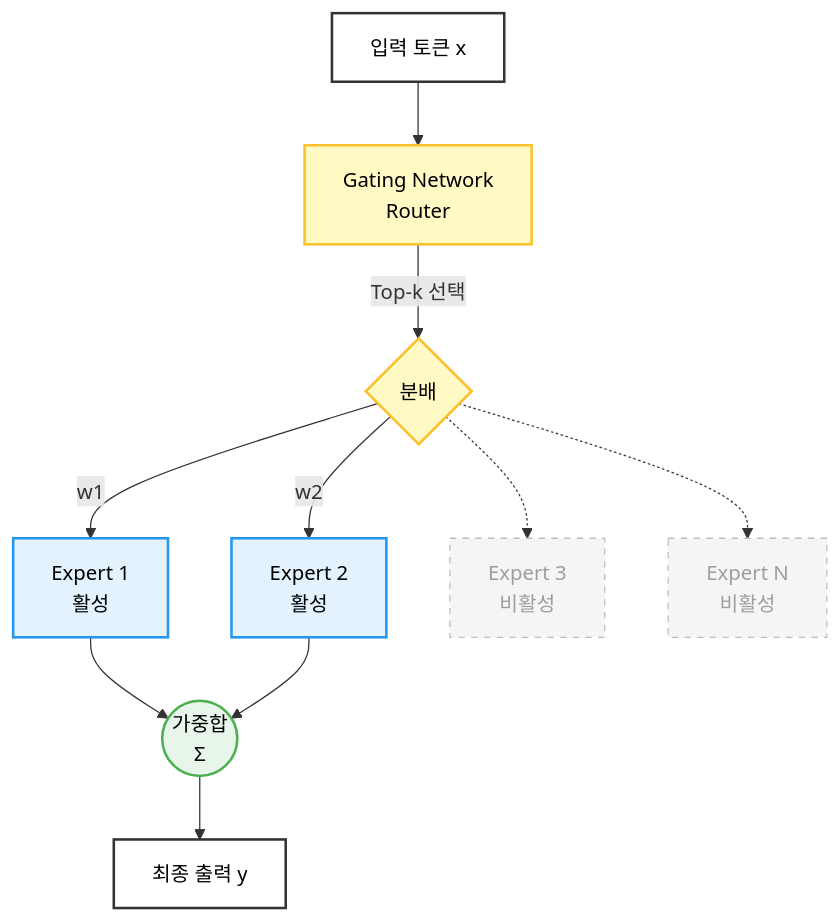
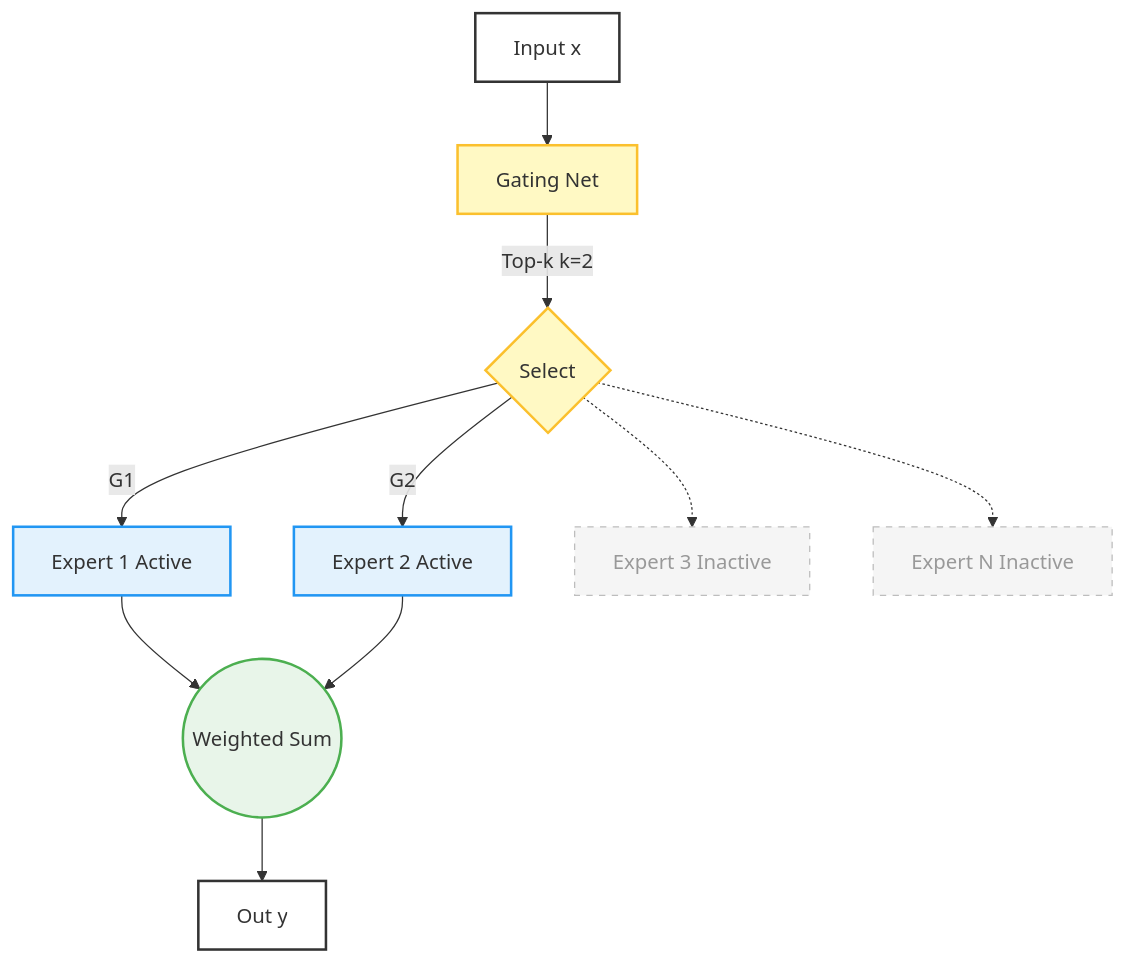
Before and after one commit to Ricepunchb/Idsh-obsidian-garden: the diagram in content/study/MoE.md, drawn with Mermaid. The commit also changed other lines of this file and 3 other files, not shown here.

````diff
--- a/content/study/MoE.md
+++ b/content/study/MoE.md
@@ -29,41 +29,31 @@
 ```mermaid
-graph TD
-    %% 노드 정의
-    Input[입력 토큰 x]
-    Router[Gating Network<br/>Router]
-    
-    %% 라우팅 흐름
-    Input --> Router
-    Router -- Top-k 선택 --> Choice{분배}
-    
-    %% 전문가 영역 (Subgraph 제거하고 단순 연결로 호환성 확보)
-    Choice -->|w1| E1[Expert 1<br/>활성]
-    Choice -->|w2| E2[Expert 2<br/>활성]
-    Choice -.-> E3[Expert 3<br/>비활성]
-    Choice -.-> En[Expert N<br/>비활성]
+%%{init: {'theme':'default'}}%% 
+graph TD 
+	Input[Input x] 
+	Router[Gating Net]
+	
+	Input --> Router 
+	Router -- Top-k k=2 --> Choice{Select}
 
-    %% 결과 합산
-    Sum((가중합<br/>Σ))
-    Output[최종 출력 y]
+	Choice -->|G1| E1[Expert 1 Active] 
+	Choice -->|G2| E2[Expert 2 Active] 
+	Choice -.-> E3[Expert 3 Inactive] 
+	Choice -.-> En[Expert N Inactive]
 
-    E1 --> Sum
-    E2 --> Sum
-    %% 비활성 전문가는 연결하지 않음
+	Sum((Weighted Sum)) 
+	Output[Out y]
 
-    Sum --> Output
+	E1 --> Sum 
+	E2 --> Sum 
+	Sum --> Output
 
-    %% 스타일 정의 (구버전 호환용 직접 지정 방식)
-    style Input fill:#fff,stroke:#333,stroke-width:2px,color:#000
-    style Output fill:#fff,stroke:#333,stroke-width:2px,color:#000
-    
-    style Router fill:#fff9c4,stroke:#fbc02d,stroke-width:2px,color:#000
-    style Choice fill:#fff9c4,stroke:#fbc02d,stroke-width:2px,color:#000
-    
-    style E1 fill:#e3f2fd,stroke:#2196f3,stroke-width:2px,color:#000
-    style E2 fill:#e3f2fd,stroke:#2196f3,stroke-width:2px,color:#000
-    
-    style E3 fill:#f5f5f5,stroke:#bdbdbd,stroke-width:1px,stroke-dasharray: 5 5,color:#9e9e9e
-    style En fill:#f5f5f5,stroke:#bdbdbd,stroke-width:1px,stroke-dasharray: 5 5,color:#9e9e9e
-    
-    style Sum fill:#e8f5e9,stroke:#4caf50,stroke-width:2px,color:#000
+	style Input fill:#fff,stroke:#333,stroke-width:2px 
+	style Router fill:#fff9c4,stroke:#fbc02d,stroke-width:2px 
+	style Choice fill:#fff9c4,stroke:#fbc02d,stroke-width:2px 
+	style E1 fill:#e3f2fd,stroke:#2196f3,stroke-width:2px 
+	style E2 fill:#e3f2fd,stroke:#2196f3,stroke-width:2px 
+	style E3 fill:#f5f5f5,stroke:#bdbdbd,stroke-dasharray: 5 5,color:#999 
+	style En fill:#f5f5f5,stroke:#bdbdbd,stroke-dasharray: 5 5,color:#999 
+	style Sum fill:#e8f5e9,stroke:#4caf50,stroke-width:2px 
+	style Output fill:#fff,stroke:#333,stroke-width:2px
 ```
````
